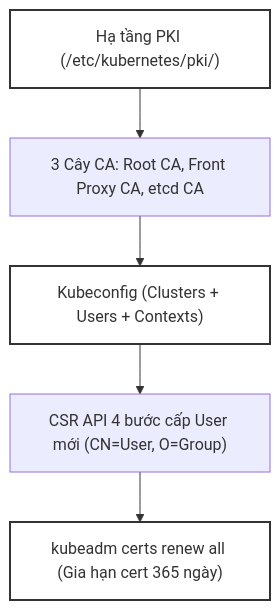
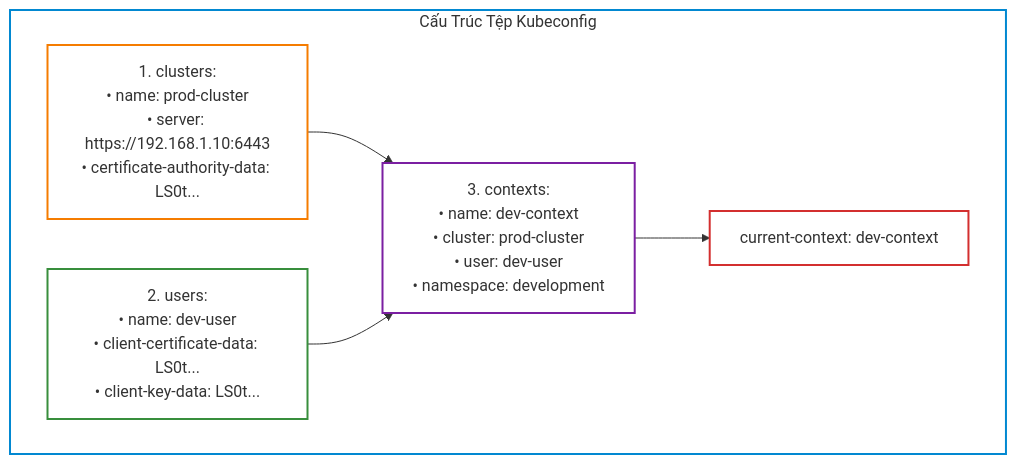
Before and after one commit to kiennt308/ntk: the second of 4 diagrams in _posts/2026-09-12-cka-07-07-chung-chi-pki-va-kubeconfig.md, drawn with Mermaid. The commit also changed other lines of this file and 39 other files, not shown here.

````diff
--- a/_posts/2026-09-12-cka-07-07-chung-chi-pki-va-kubeconfig.md
+++ b/_posts/2026-09-12-cka-07-07-chung-chi-pki-va-kubeconfig.md
@@ -379,11 +106,19 @@
 ```mermaid
 graph TD
-    A["Hạ tầng PKI (/etc/kubernetes/pki/)"] --> B["3 Cây CA: Root CA, Front Proxy CA, etcd CA"]
-    B --> C["Kubeconfig (Clusters + Users + Contexts)"]
-    C --> D["CSR API 4 bước cấp User mới (CN=User, O=Group)"]
-    D --> E["kubeadm certs renew all (Gia hạn cert 365 ngày)"]
+    subgraph Kubeconfig_Structure ["Cấu Trúc Tệp Kubeconfig"]
+        CLUSTERS["1. clusters:<br/>• name: prod-cluster<br/>• server: https://192.168.1.10:6443<br/>• certificate-authority-data: LS0t..."]
+        USERS["2. users:<br/>• name: dev-user<br/>• client-certificate-data: LS0t...<br/>• client-key-data: LS0t..."]
+        CONTEXTS["3. contexts:<br/>• name: dev-context<br/>• cluster: prod-cluster<br/>• user: dev-user<br/>• namespace: development"]
+        CURRENT["current-context: dev-context"]
+    end
 
-    style A fill:none,stroke:#333,stroke-width:2px
-    style C fill:none,stroke:#333,stroke-width:2px
-    style E fill:none,stroke:#333,stroke-width:2px
+    CLUSTERS --> CONTEXTS
+    USERS --> CONTEXTS
+    CONTEXTS --> CURRENT
+
+    style Kubeconfig_Structure fill:none,stroke:#0288d1,stroke-width:2px
+    style CLUSTERS fill:none,stroke:#f57c00,stroke-width:2px
+    style USERS fill:none,stroke:#388e3c,stroke-width:2px
+    style CONTEXTS fill:none,stroke:#7b1fa2,stroke-width:2px
+    style CURRENT fill:none,stroke:#d32f2f,stroke-width:2px
 ```
````
